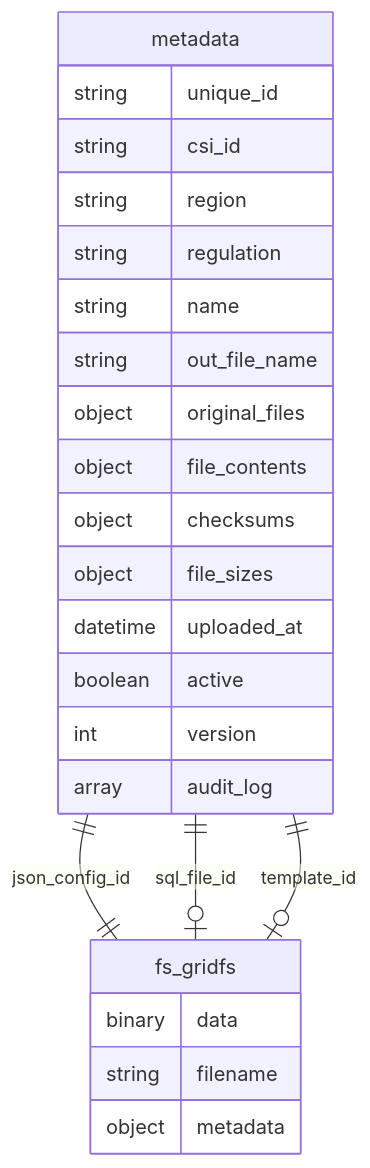
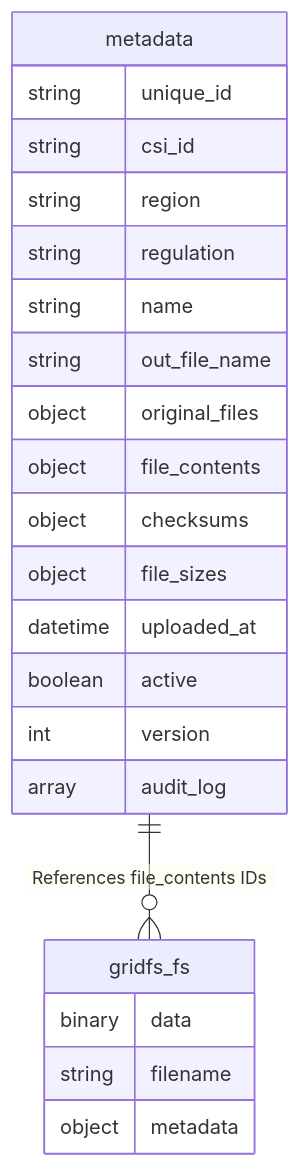
The third of 4 diagrams in README.md (uktentu/mongo_file_manager), drawn with Mermaid before and after one commit. The commit also changed other lines of this file, not shown here.

Commit message:
docs(readme): update architecture schemas and deployment instructions

````diff
--- a/README.md
+++ b/README.md
@@ -183,29 +195,27 @@
 ```mermaid
 erDiagram
     metadata {
         string unique_id
         string csi_id
         string region
         string regulation
         string name
         string out_file_name
         object original_files
         object file_contents
         object checksums
         object file_sizes
         datetime uploaded_at
         boolean active
         int version
         array audit_log
     }
 
-    fs_gridfs {
+    gridfs_fs {
         binary data
         string filename
         object metadata
     }
 
-    metadata ||--|| fs_gridfs : "json_config_id"
-    metadata ||--o| fs_gridfs : "sql_file_id"
-    metadata ||--o| fs_gridfs : "template_id"
+    metadata ||--o{ gridfs_fs : "References file_contents IDs"
 ```
````
